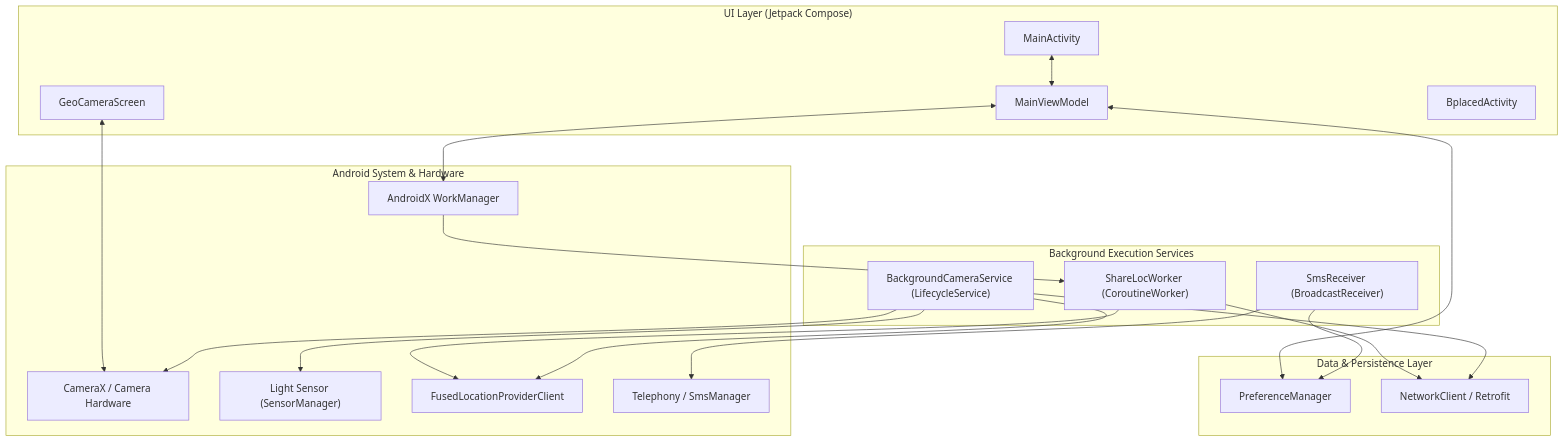
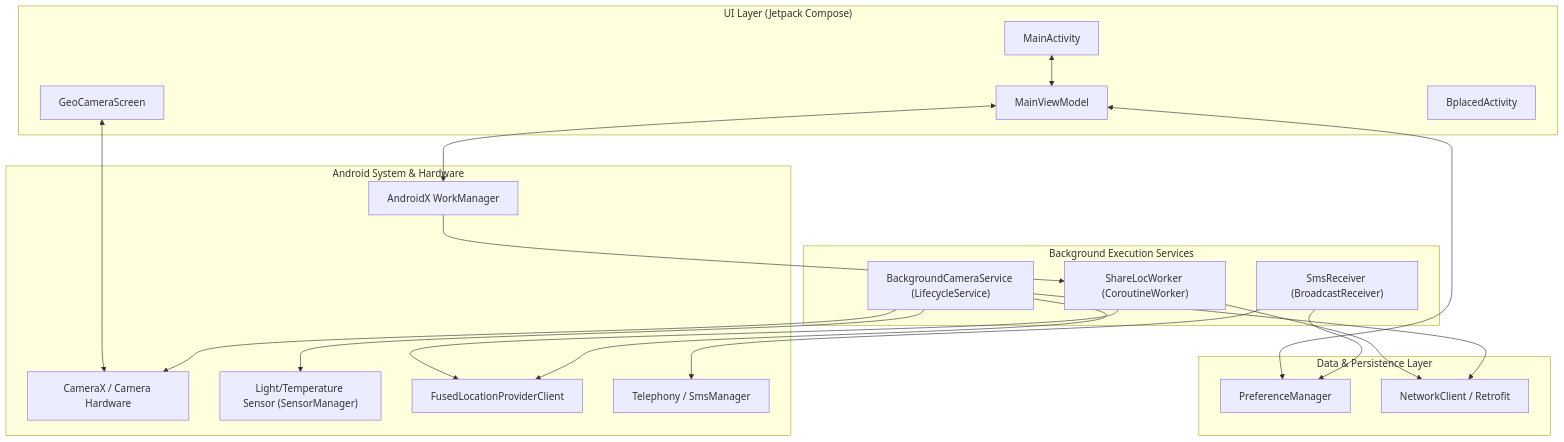
The first of 2 diagrams in github_wiki.artifact.md (alminav/ShareLoc), drawn with Mermaid before and after one commit.

Commit message:
Update github_wiki.artifact.md
Temperature sensor

````diff
--- a/github_wiki.artifact.md
+++ b/github_wiki.artifact.md
@@ -50,45 +50,45 @@
 ```mermaid
 graph TD
     subgraph UI Layer ["UI Layer (Jetpack Compose)"]
         MA["MainActivity"]
         MVM["MainViewModel"]
         GCS["GeoCameraScreen"]
         BPA["BplacedActivity"]
     end
 
     subgraph Data & Storage ["Data & Persistence Layer"]
         PM["PreferenceManager"]
         NC["NetworkClient / Retrofit"]
     end
 
     subgraph Background Layer ["Background Execution Services"]
         BCS["BackgroundCameraService (LifecycleService)"]
         SLW["ShareLocWorker (CoroutineWorker)"]
         SR["SmsReceiver (BroadcastReceiver)"]
     end
 
     subgraph System & Hardware ["Android System & Hardware"]
         CX["CameraX / Camera Hardware"]
-        LS["Light Sensor (SensorManager)"]
+        LS["Light/Temperature Sensor (SensorManager)"]
         GPS["FusedLocationProviderClient"]
         SMS["Telephony / SmsManager"]
         WM["AndroidX WorkManager"]
     end
 
     MA <--> MVM
     MVM <--> PM
     MVM <--> WM
     GCS <--> CX
 
     WM --> SLW
     SLW --> NC
     SLW --> GPS
 
     BCS --> CX
     BCS --> LS
     BCS --> GPS
     BCS --> NC
 
     SR --> SMS
     SR --> PM
 ```
````
